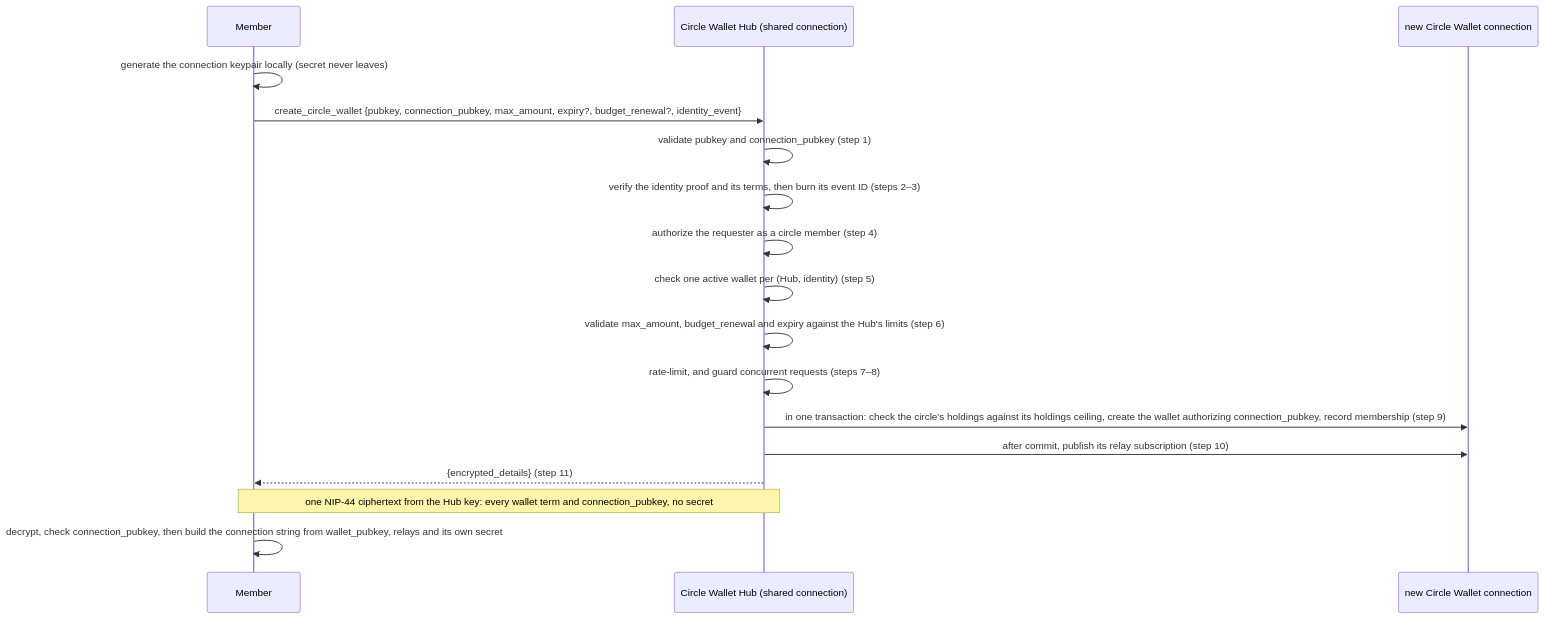
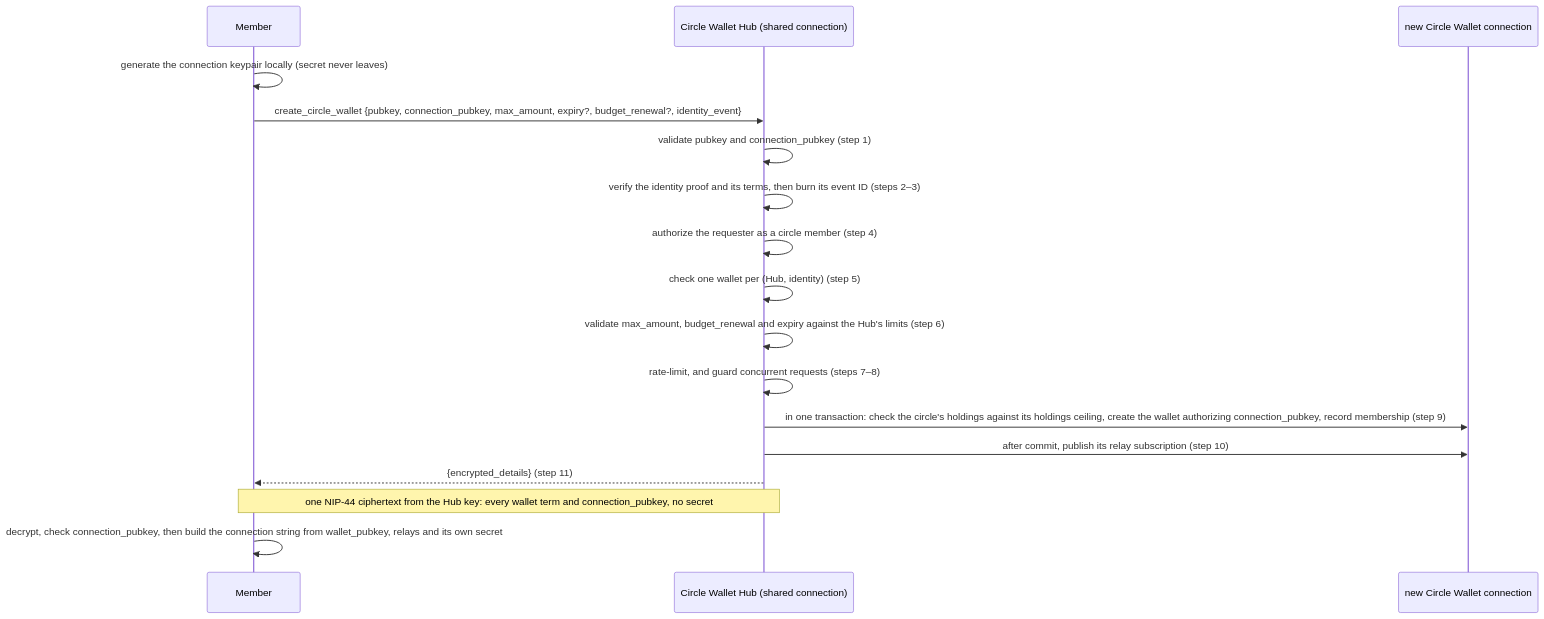
Before and after one commit to ohstr/nips: the first of 2 diagrams in NIP-CW.md, drawn with Mermaid. The commit also changed other lines of this file, not shown here.

Commit message:
docs(nip-cw): suspend a removed member's wallet reversibly instead of disabling it

````diff
--- a/NIP-CW.md
+++ b/NIP-CW.md
@@ -165,20 +165,20 @@
 ```mermaid
 sequenceDiagram
     participant Member
     participant Hub as Circle Wallet Hub (shared connection)
     participant Wallet as new Circle Wallet connection
 
     Member->>Member: generate the connection keypair locally (secret never leaves)
     Member->>Hub: create_circle_wallet {pubkey, connection_pubkey, max_amount, expiry?, budget_renewal?, identity_event}
     Hub->>Hub: validate pubkey and connection_pubkey (step 1)
     Hub->>Hub: verify the identity proof and its terms, then burn its event ID (steps 2–3)
     Hub->>Hub: authorize the requester as a circle member (step 4)
-    Hub->>Hub: check one active wallet per (Hub, identity) (step 5)
+    Hub->>Hub: check one wallet per (Hub, identity) (step 5)
     Hub->>Hub: validate max_amount, budget_renewal and expiry against the Hub's limits (step 6)
     Hub->>Hub: rate-limit, and guard concurrent requests (steps 7–8)
     Hub->>Wallet: in one transaction: check the circle's holdings against its holdings ceiling, create the wallet authorizing connection_pubkey, record membership (step 9)
     Hub->>Wallet: after commit, publish its relay subscription (step 10)
     Hub-->>Member: {encrypted_details} (step 11)
     Note over Hub,Member: one NIP-44 ciphertext from the Hub key: every wallet term and connection_pubkey, no secret
     Member->>Member: decrypt, check connection_pubkey, then build the connection string from wallet_pubkey, relays and its own secret
 ```
````
